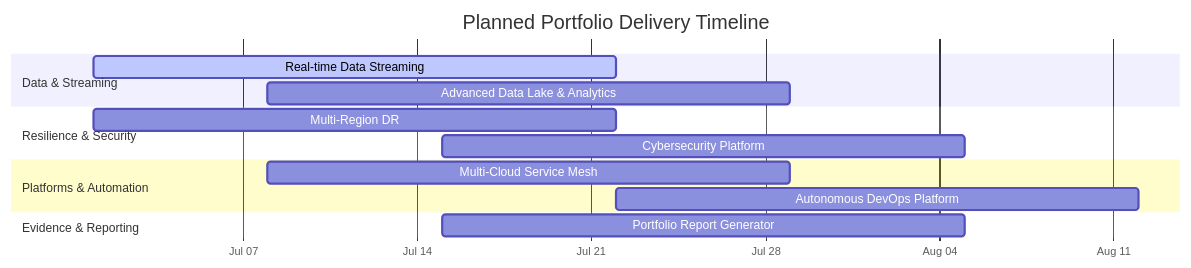
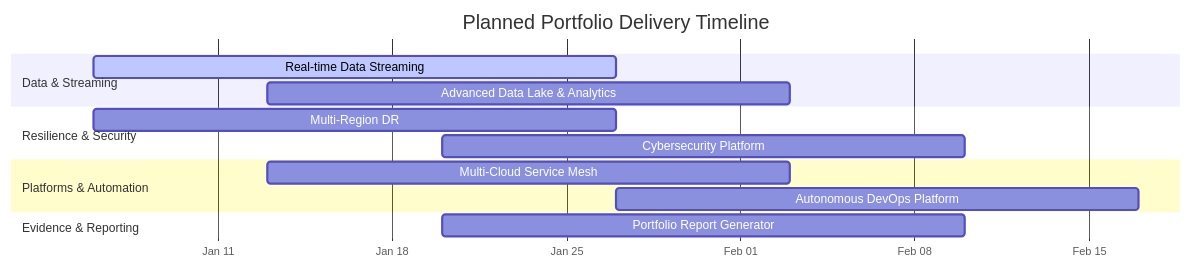
Before and after one commit to samueljackson-collab/Samueljackson-collab: the first of 28 diagrams in README.md, drawn with Mermaid. The commit also changed other lines of this file, not shown here.

Commit message:
Enhanced all diagrams with detailed labels, icons, and styling

````diff
--- a/README.md
+++ b/README.md
@@ -195,21 +195,21 @@
 ```mermaid
 gantt
     title Planned Portfolio Delivery Timeline
     dateFormat  YYYY-MM-DD
     axisFormat  %b %d
 
     section Data & Streaming
-    Real-time Data Streaming       :active, stream_p0, 2024-07-01, 21d
-    Advanced Data Lake & Analytics :datalake_p0, 2024-07-08, 21d
+    Real-time Data Streaming       :active, stream_p0, 2026-01-06, 21d
+    Advanced Data Lake & Analytics :datalake_p0, 2026-01-13, 21d
 
     section Resilience & Security
-    Multi-Region DR                :dr_p0, 2024-07-01, 21d
-    Cybersecurity Platform         :detection_p0, 2024-07-15, 21d
+    Multi-Region DR                :dr_p0, 2026-01-06, 21d
+    Cybersecurity Platform         :detection_p0, 2026-01-20, 21d
 
     section Platforms & Automation
-    Multi-Cloud Service Mesh       :mesh_p0, 2024-07-08, 21d
-    Autonomous DevOps Platform     :auto_p0, 2024-07-22, 21d
+    Multi-Cloud Service Mesh       :mesh_p0, 2026-01-13, 21d
+    Autonomous DevOps Platform     :auto_p0, 2026-01-27, 21d
 
     section Evidence & Reporting
-    Portfolio Report Generator     :report_p0, 2024-07-15, 21d
+    Portfolio Report Generator     :report_p0, 2026-01-20, 21d
 ```
````
